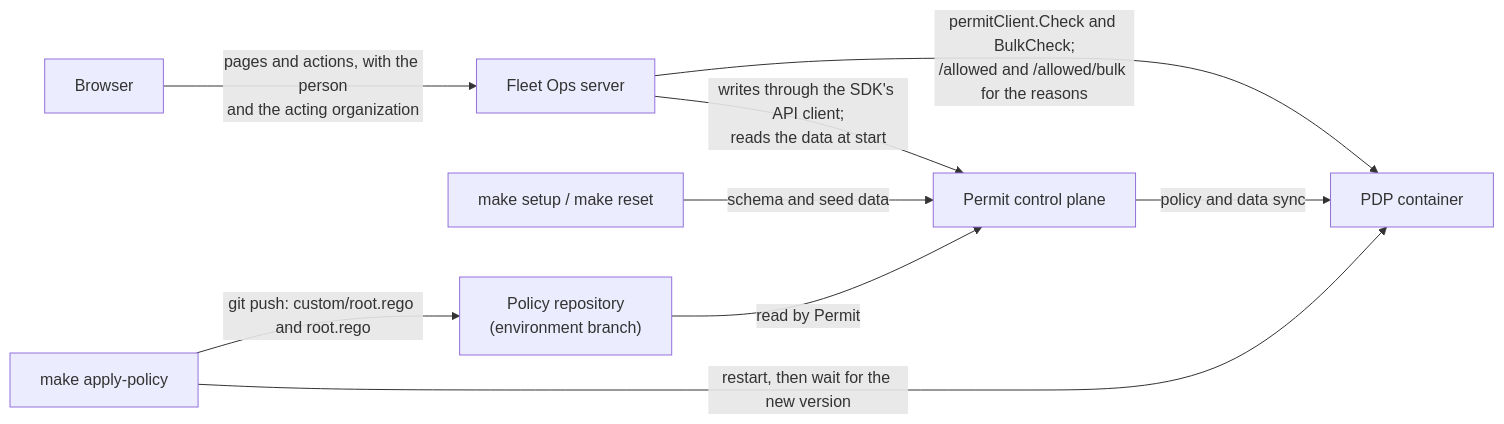
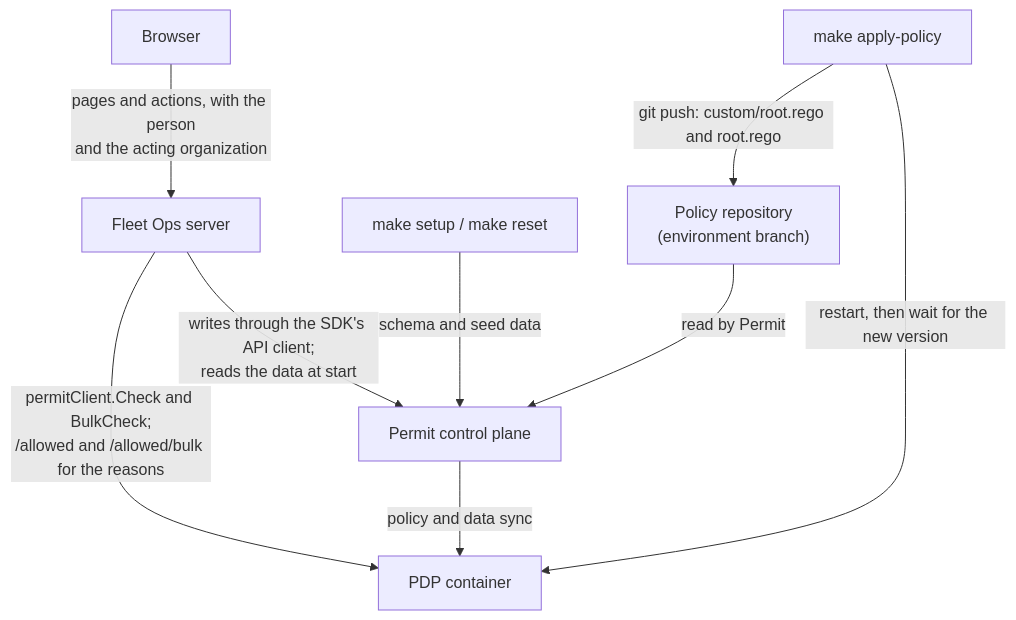
The second of 3 diagrams in docs/modeling/fleet-ops.mdx (permitio/docs), drawn with Mermaid before and after one commit. The commit also changed 1 other file, not shown here.

Commit message:
Draw the two architecture diagrams top to bottom
Left to right, both were wider than the page and their labels shrank
to an unreadable size.

````diff
--- a/docs/modeling/fleet-ops.mdx
+++ b/docs/modeling/fleet-ops.mdx
@@ -214,11 +214,11 @@
 ```mermaid
-flowchart LR
+flowchart TD
   Browser["Browser"] -->|"pages and actions, with the person<br/>and the acting organization"| App["Fleet Ops server"]
   App -->|"permitClient.Check and BulkCheck;<br/>/allowed and /allowed/bulk for the reasons"| PDP["PDP container"]
   App -->|"writes through the SDK's API client;<br/>reads the data at start"| Permit["Permit control plane"]
   Sync["make setup / make reset"] -->|"schema and seed data"| Permit
   Apply["make apply-policy"] -->|"git push: custom/root.rego and root.rego"| Repo["Policy repository<br/>(environment branch)"]
   Apply -->|"restart, then wait for the new version"| PDP
   Repo -->|"read by Permit"| Permit
   Permit -->|"policy and data sync"| PDP
 ```
````
